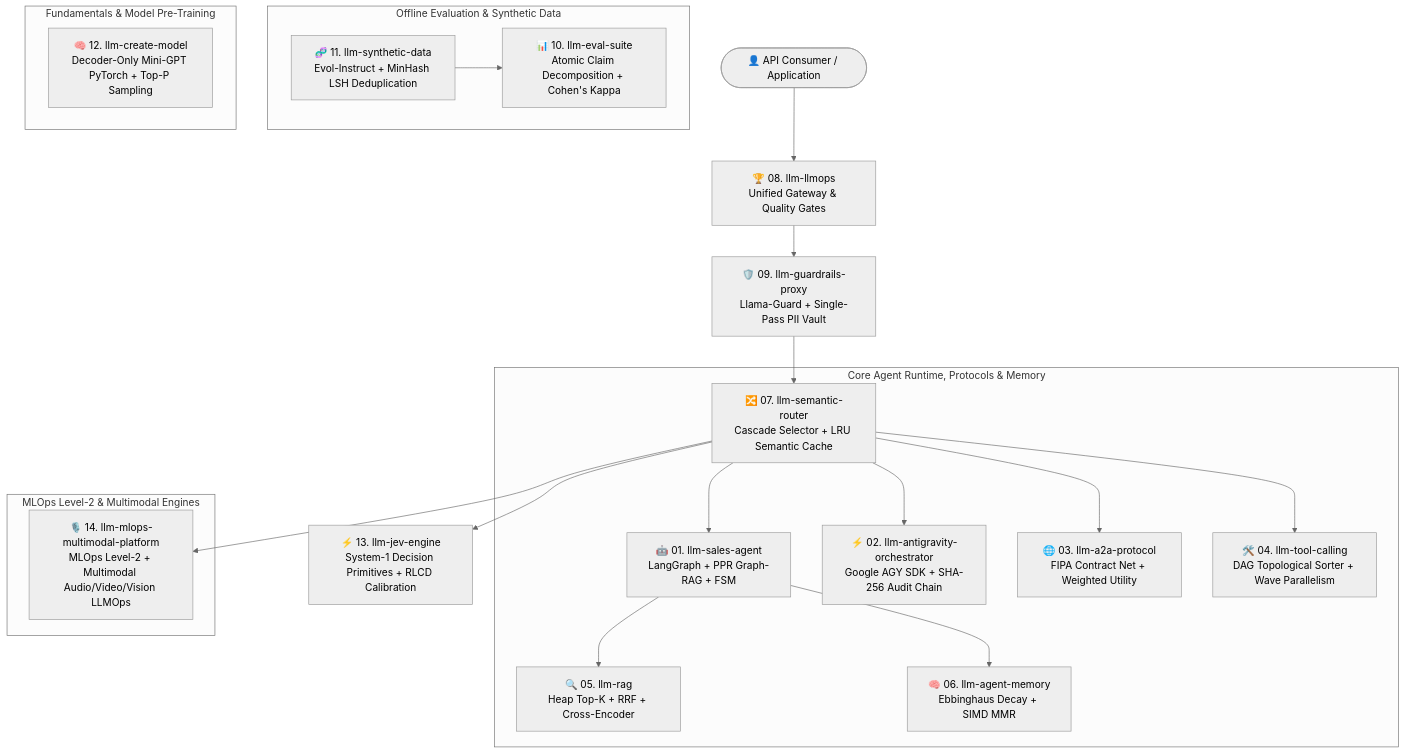
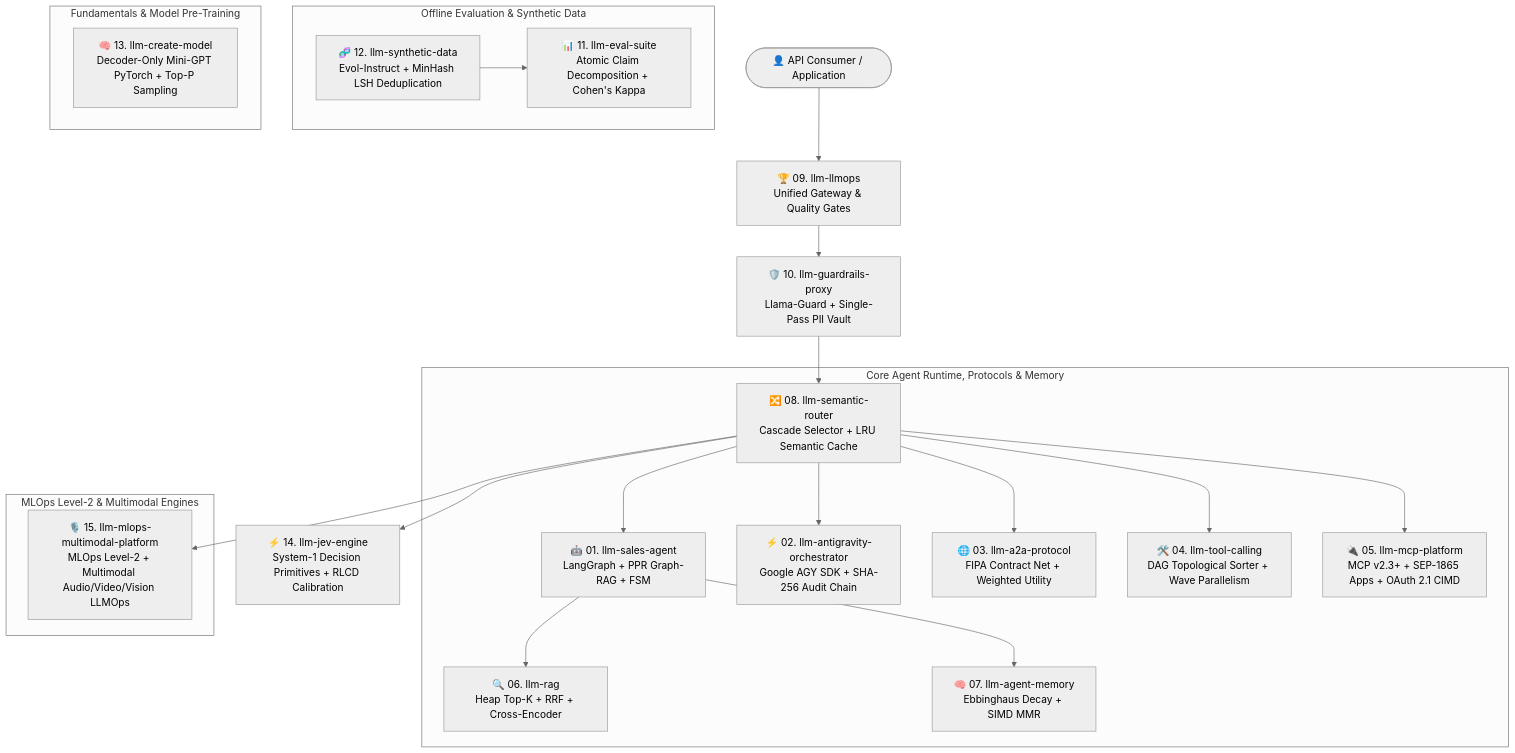
The diagram in README.md (cayoesn/cayoesn), drawn with Mermaid (neutral theme) before and after one commit. The commit also changed other lines of this file, not shown here.

Commit message:
docs(portfolio): integrate Project #05 llm-mcp-platform (15 active ecosystems)

````diff
--- a/README.md
+++ b/README.md
@@ -54,29 +55,30 @@
 ```mermaid
 graph TD
-    Client([👤 API Consumer / Application]) --> LLMOpsGateway[🏆 08. llm-llmops<br/>Unified Gateway & Quality Gates]
-    LLMOpsGateway --> Guardrails[🛡️ 09. llm-guardrails-proxy<br/>Llama-Guard + Single-Pass PII Vault]
-    Guardrails --> Router[🔀 07. llm-semantic-router<br/>Cascade Selector + LRU Semantic Cache]
-    Router --> JevEngine[⚡ 13. llm-jev-engine<br/>System-1 Decision Primitives + RLCD Calibration]
+    Client([👤 API Consumer / Application]) --> LLMOpsGateway[🏆 09. llm-llmops<br/>Unified Gateway & Quality Gates]
+    LLMOpsGateway --> Guardrails[🛡️ 10. llm-guardrails-proxy<br/>Llama-Guard + Single-Pass PII Vault]
+    Guardrails --> Router[🔀 08. llm-semantic-router<br/>Cascade Selector + LRU Semantic Cache]
+    Router --> JevEngine[⚡ 14. llm-jev-engine<br/>System-1 Decision Primitives + RLCD Calibration]
 
     subgraph "Core Agent Runtime, Protocols & Memory"
         Router --> SalesAgent[🤖 01. llm-sales-agent<br/>LangGraph + PPR Graph-RAG + FSM]
         Router --> Orchestrator[⚡ 02. llm-antigravity-orchestrator<br/>Google AGY SDK + SHA-256 Audit Chain]
         Router --> A2A[🌐 03. llm-a2a-protocol<br/>FIPA Contract Net + Weighted Utility]
         Router --> ToolCalling[🛠️ 04. llm-tool-calling<br/>DAG Topological Sorter + Wave Parallelism]
+        Router --> MCPPlatform[🔌 05. llm-mcp-platform<br/>MCP v2.3+ + SEP-1865 Apps + OAuth 2.1 CIMD]
 
-        SalesAgent --> RAG[🔍 05. llm-rag<br/>Heap Top-K + RRF + Cross-Encoder]
-        SalesAgent --> Memory[🧠 06. llm-agent-memory<br/>Ebbinghaus Decay + SIMD MMR]
+        SalesAgent --> RAG[🔍 06. llm-rag<br/>Heap Top-K + RRF + Cross-Encoder]
+        SalesAgent --> Memory[🧠 07. llm-agent-memory<br/>Ebbinghaus Decay + SIMD MMR]
     end
 
     subgraph "MLOps Level-2 & Multimodal Engines"
-        Router --> OmniPulse[🎙️ 14. llm-mlops-multimodal-platform<br/>MLOps Level-2 + Multimodal Audio/Video/Vision LLMOps]
+        Router --> OmniPulse[🎙️ 15. llm-mlops-multimodal-platform<br/>MLOps Level-2 + Multimodal Audio/Video/Vision LLMOps]
     end
 
     subgraph "Offline Evaluation & Synthetic Data"
-        Synthetic[🧬 11. llm-synthetic-data<br/>Evol-Instruct + MinHash LSH Deduplication] --> Eval[📊 10. llm-eval-suite<br/>Atomic Claim Decomposition + Cohen's Kappa]
+        Synthetic[🧬 12. llm-synthetic-data<br/>Evol-Instruct + MinHash LSH Deduplication] --> Eval[📊 11. llm-eval-suite<br/>Atomic Claim Decomposition + Cohen's Kappa]
     end
 
     subgraph "Fundamentals & Model Pre-Training"
-        CreateModel[🧠 12. llm-create-model<br/>Decoder-Only Mini-GPT PyTorch + Top-P Sampling]
+        CreateModel[🧠 13. llm-create-model<br/>Decoder-Only Mini-GPT PyTorch + Top-P Sampling]
     end
 ```
````
